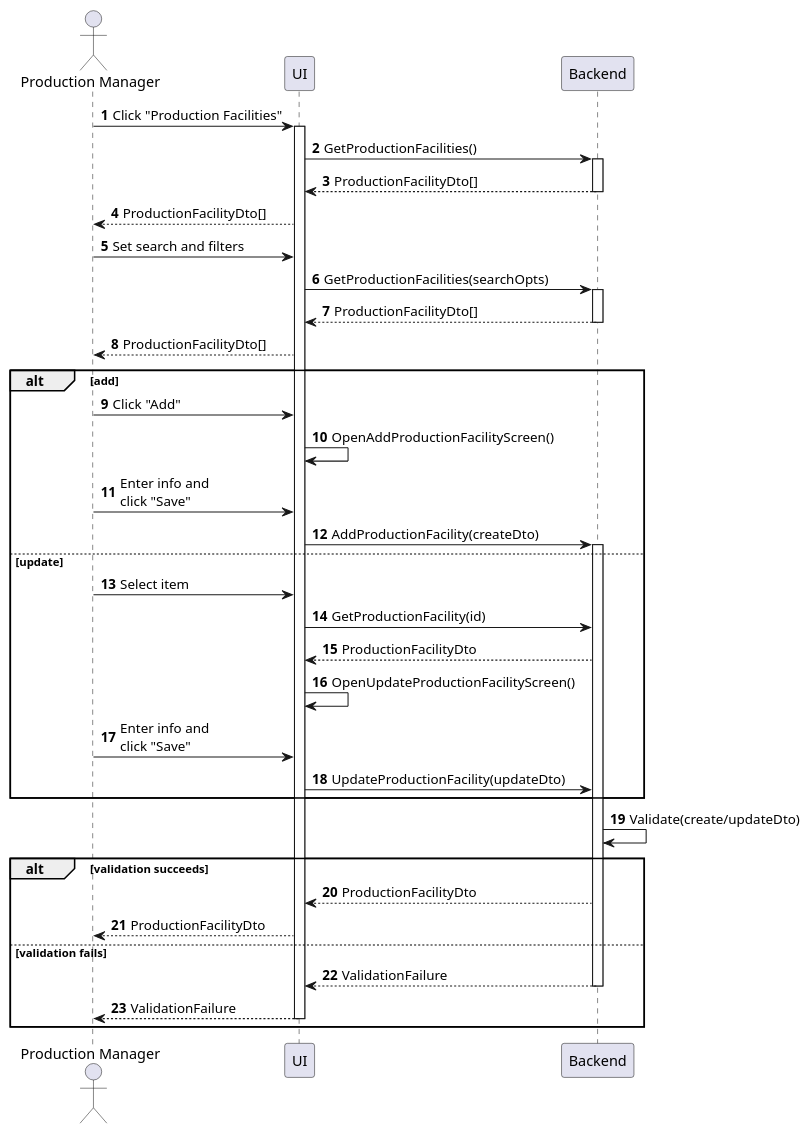
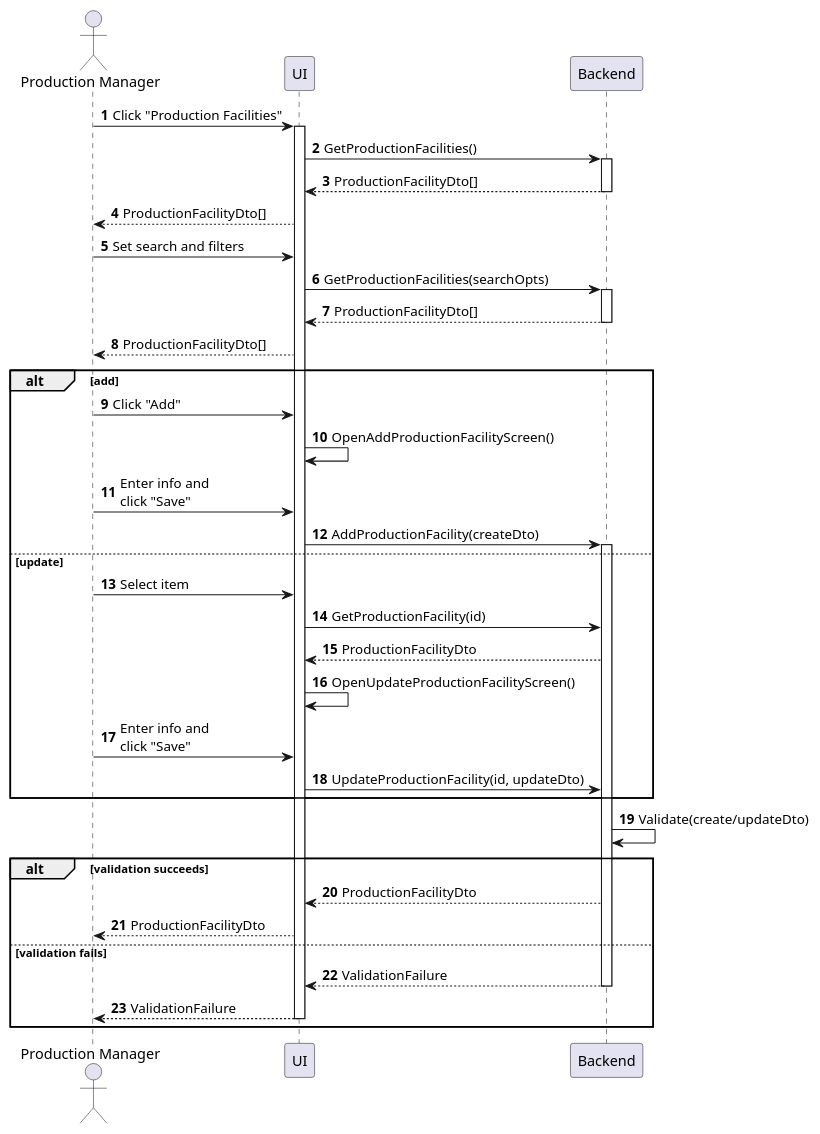
Before and after one commit to phihungha/scmss-reqs: the diagram in sequences/production-facility-manage.plantuml, drawn with PlantUML. The commit also changed 19 other files, not shown here.

```diff
--- a/sequences/production-facility-manage.plantuml
+++ b/sequences/production-facility-manage.plantuml
@@ -1,44 +1,44 @@
 @startuml production-facility-manage
 autonumber
 
 actor "Production Manager" as a
 participant UI as f
 participant Backend as b
 
 a -> f : Click "Production Facilities"
 activate f
 f -> b : GetProductionFacilities()
 activate b
 return ProductionFacilityDto[]
 f --> a : ProductionFacilityDto[]
 a -> f : Set search and filters
 f -> b : GetProductionFacilities(searchOpts)
 activate b
 return ProductionFacilityDto[]
 f --> a : ProductionFacilityDto[]
 
 alt add
     a -> f : Click "Add"
     f -> f : OpenAddProductionFacilityScreen()
     a -> f : Enter info and\nclick "Save"
     f -> b : AddProductionFacility(createDto)
     activate b
 else update
     a -> f : Select item
     f -> b : GetProductionFacility(id)
     b --> f : ProductionFacilityDto
     f -> f : OpenUpdateProductionFacilityScreen()
     a -> f : Enter info and\nclick "Save"
-    f -> b : UpdateProductionFacility(updateDto)
+    f -> b : UpdateProductionFacility(id, updateDto)
 end
 
 b -> b : Validate(create/updateDto)
 
 alt validation succeeds
     b --> f : ProductionFacilityDto
     f --> a : ProductionFacilityDto
 else validation fails
     return ValidationFailure
     return ValidationFailure
 end
 @enduml
```
